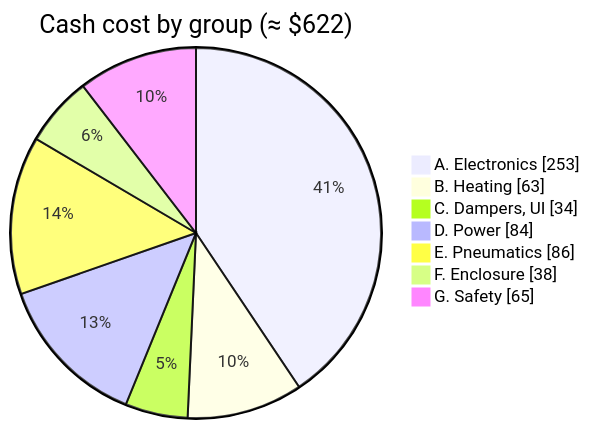
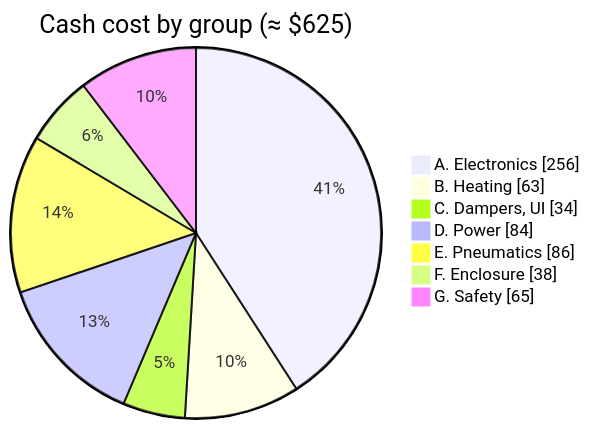
The diagram in docs/03_bill_of_materials.md (BashfulBits/3dp-fleet-exhaust), drawn with Mermaid before and after one commit. The commit also changed other lines of this file and 6 other files, not shown here.

````diff
--- a/docs/03_bill_of_materials.md
+++ b/docs/03_bill_of_materials.md
@@ -28,11 +28,11 @@
 ```mermaid
 pie showData
-  title Cash cost by group (≈ $622)
-  "A. Electronics" : 253
+  title Cash cost by group (≈ $625)
+  "A. Electronics" : 256
   "B. Heating" : 63
   "C. Dampers, UI" : 34
   "D. Power" : 84
   "E. Pneumatics" : 86
   "F. Enclosure" : 38
   "G. Safety" : 65
 ```
````
